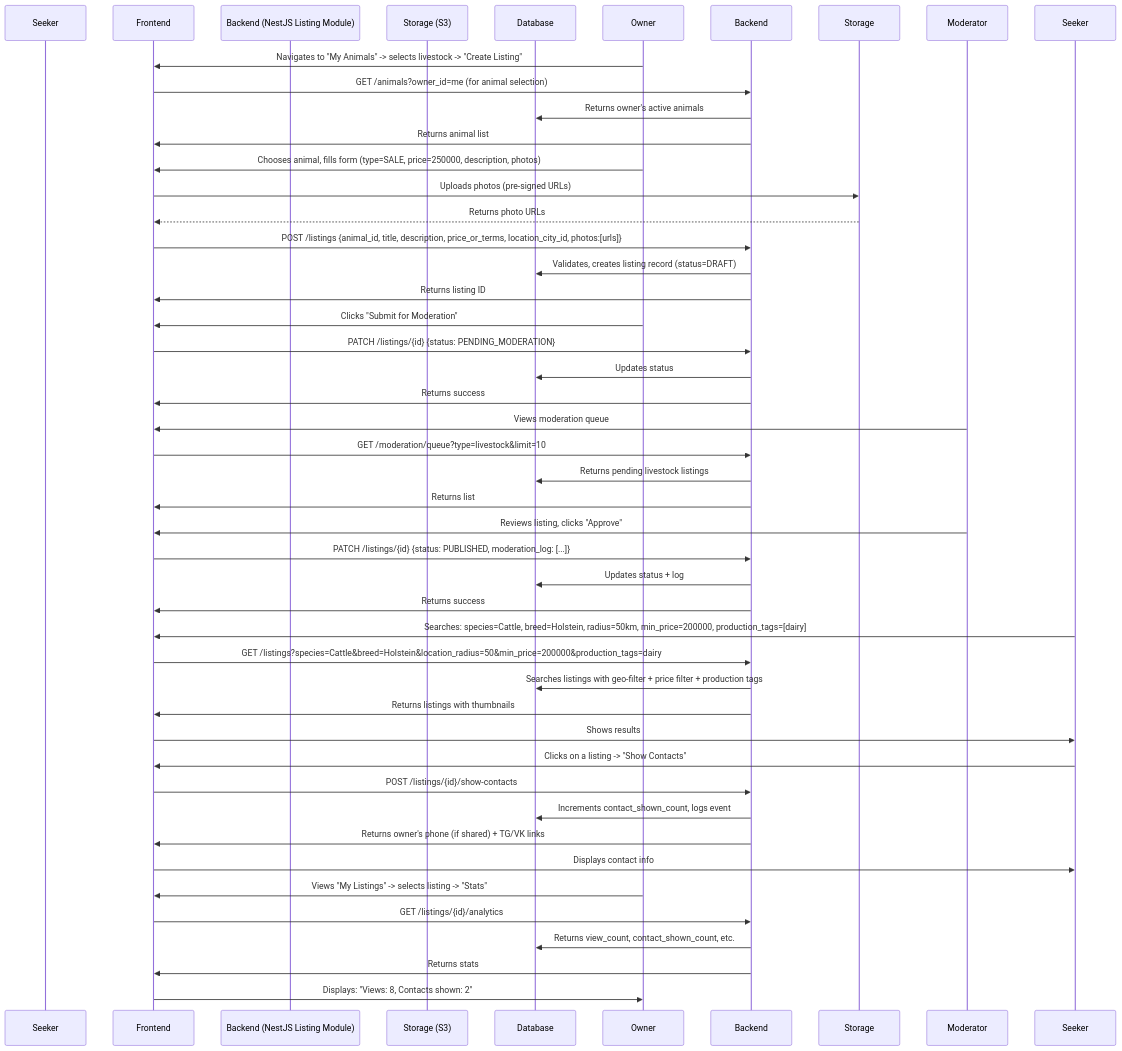
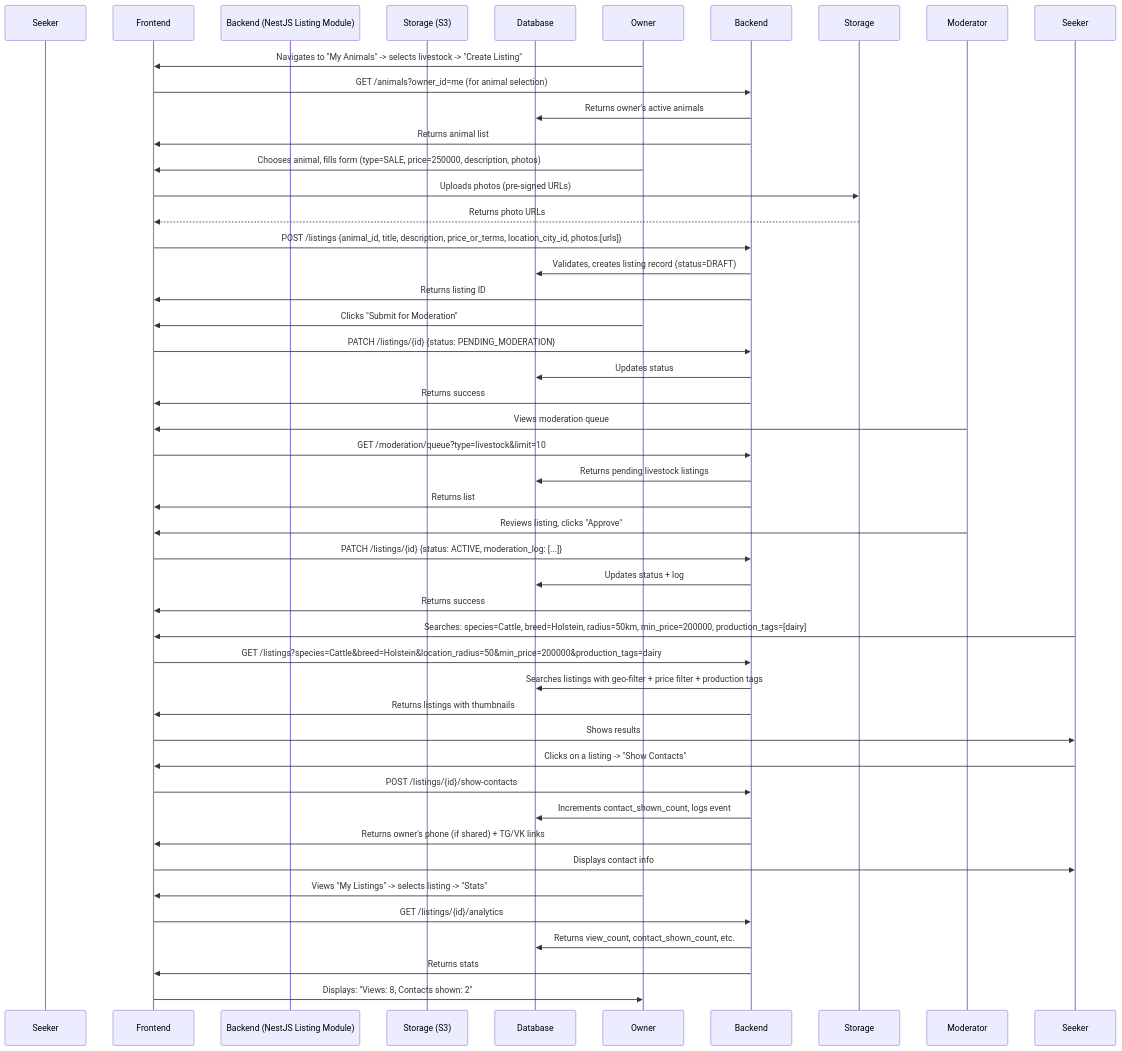
One commit to Aleksandr-Sulimenko/ZooLink changed the diagram in docs/02-requirements/business-requirements/livestock-marketplace.md. Above: the diagram before and after it, drawn with Mermaid. The commit also changed other lines of this file and 16 other files, not shown here.

````diff
--- a/docs/02-requirements/business-requirements/livestock-marketplace.md
+++ b/docs/02-requirements/business-requirements/livestock-marketplace.md
@@ -201,58 +202,58 @@
 ```mermaid
 sequenceDiagram
     participant User as Owner
     participant User as Seeker
     participant Frontend
     participant Backend (NestJS Listing Module)
     participant Storage (S3)
     participant Database
 
     %% Owner creates listing
     Owner->>Frontend: Navigates to "My Animals" -> selects livestock -> "Create Listing"
     Frontend->>Backend: GET /animals?owner_id=me (for animal selection)
     Backend->>Database: Returns owner's active animals
     Backend->>Frontend: Returns animal list
 
     Owner->>Frontend: Chooses animal, fills form (type=SALE, price=250000, description, photos)
     Frontend->>Storage: Uploads photos (pre-signed URLs)
     Storage-->>Frontend: Returns photo URLs
     Frontend->>Backend: POST /listings {animal_id, title, description, price_or_terms, location_city_id, photos:[urls]}
     Backend->>Database: Validates, creates listing record (status=DRAFT)
     Backend->>Frontend: Returns listing ID
 
     Owner->>Frontend: Clicks "Submit for Moderation"
     Frontend->>Backend: PATCH /listings/{id} {status: PENDING_MODERATION}
     Backend->>Database: Updates status
     Backend->>Frontend: Returns success
 
     %% Moderation (simplified)
     Moderator->>Frontend: Views moderation queue
     Frontend->>Backend: GET /moderation/queue?type=livestock&limit=10
     Backend->>Database: Returns pending livestock listings
     Backend->>Frontend: Returns list
 
     Moderator->>Frontend: Reviews listing, clicks "Approve"
-    Frontend->>Backend: PATCH /listings/{id} {status: PUBLISHED, moderation_log: [...]}
+    Frontend->>Backend: PATCH /listings/{id} {status: ACTIVE, moderation_log: [...]}
     Backend->>Database: Updates status + log
     Backend->>Frontend: Returns success
 
     %% Seeker finds listing
     Seeker->>Frontend: Searches: species=Cattle, breed=Holstein, radius=50km, min_price=200000, production_tags=[dairy]
     Frontend->>Backend: GET /listings?species=Cattle&breed=Holstein&location_radius=50&min_price=200000&production_tags=dairy
     Backend->>Database: Searches listings with geo-filter + price filter + production tags
     Backend->>Frontend: Returns listings with thumbnails
     Frontend->>Seeker: Shows results
 
     Seeker->>Frontend: Clicks on a listing -> "Show Contacts"
     Frontend->>Backend: POST /listings/{id}/show-contacts
     Backend->>Database: Increments contact_shown_count, logs event
     Backend->>Frontend: Returns owner's phone (if shared) + TG/VK links
     Frontend->>Seeker: Displays contact info
 
     %% Owner sees analytics
     Owner->>Frontend: Views "My Listings" -> selects listing -> "Stats"
     Frontend->>Backend: GET /listings/{id}/analytics
     Backend->>Database: Returns view_count, contact_shown_count, etc.
     Backend->>Frontend: Returns stats
     Frontend->>Owner: Displays: "Views: 8, Contacts shown: 2"
 ```
````
